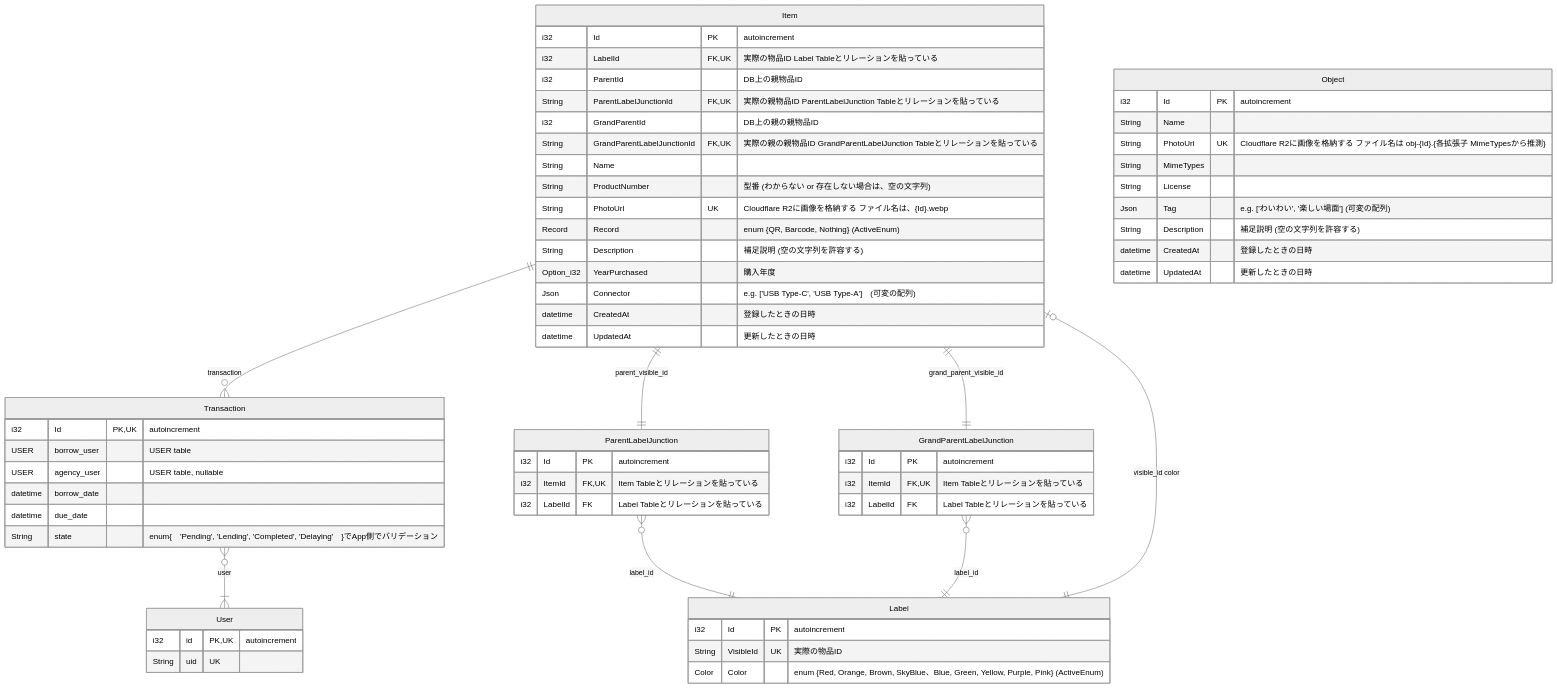
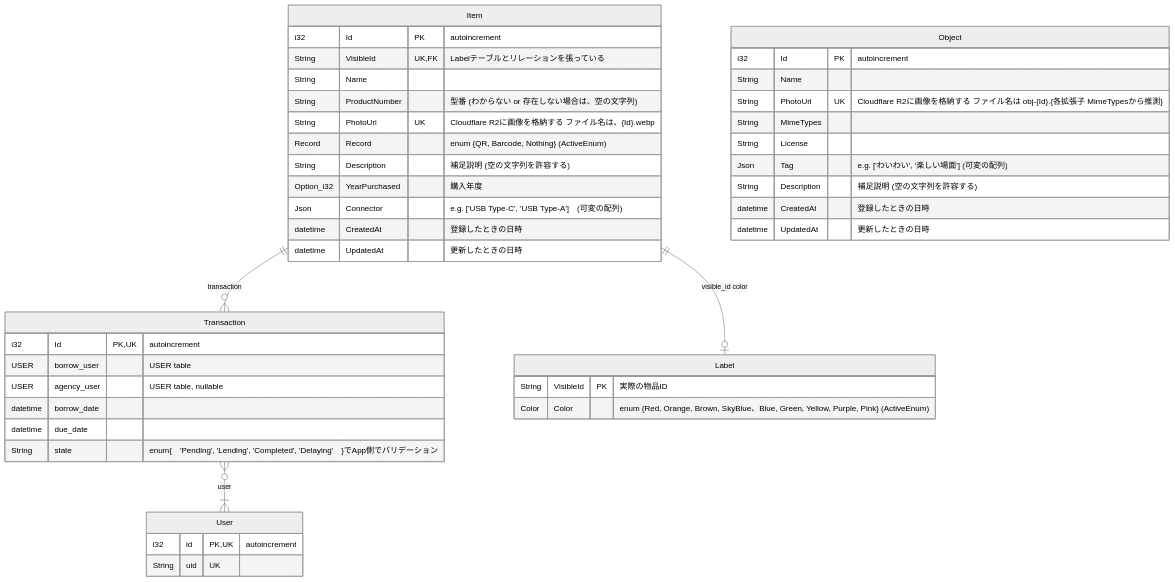
The second of 2 diagrams in README.md (Myxogastria0808/DashiShoyu), drawn with Mermaid (neutral theme) before and after one commit. The commit also changed other lines of this file and 22 other files, not shown here.

````diff
--- a/README.md
+++ b/README.md
@@ -245,66 +228,47 @@
 ```mermaid
 erDiagram
     Item ||--o{ Transaction : transaction
     Transaction }o--|{ User : user
-    Item ||--|| ParentLabelJunction : "parent_visible_id"
-    Item ||--|| GrandParentLabelJunction : "grand_parent_visible_id"
-    ParentLabelJunction }o--|| Label : "label_id"
-    GrandParentLabelJunction }o--|| Label : "label_id"
-    Item |o--|| Label : "visible_id color"
+    Item ||--o| Label : "visible_id color"
     Item {
         i32 Id PK "autoincrement"
-        i32 LabelId FK, UK "実際の物品ID Label Tableとリレーションを貼っている"
-        i32 ParentId "DB上の親物品ID"
-        String ParentLabelJunctionId FK, UK "実際の親物品ID ParentLabelJunction Tableとリレーションを貼っている"
-        i32 GrandParentId "DB上の親の親物品ID"
-        String GrandParentLabelJunctionId FK, UK "実際の親の親物品ID GrandParentLabelJunction Tableとリレーションを貼っている"
+        String VisibleId UK, FK "Labelテーブルとリレーションを張っている"
         String Name
         String ProductNumber "型番 (わからない or 存在しない場合は、空の文字列)"
         String PhotoUrl UK "Cloudflare R2に画像を格納する ファイル名は、{Id}.webp"
         Record Record "enum {QR, Barcode, Nothing} (ActiveEnum)"
         String Description　"補足説明 (空の文字列を許容する)"
         Option_i32 YearPurchased "購入年度"
         Json Connector　"e.g. ['USB Type-C', 'USB Type-A']　(可変の配列)"
         datetime CreatedAt "登録したときの日時"
         datetime UpdatedAt "更新したときの日時"
     }
-    ParentLabelJunction {
-        i32 Id PK "autoincrement"
-        i32 ItemId FK, UK "Item Tableとリレーションを貼っている"
-        i32 LabelId FK "Label Tableとリレーションを貼っている"
-    }
-    GrandParentLabelJunction {
-        i32 Id PK "autoincrement"
-        i32 ItemId FK, UK "Item Tableとリレーションを貼っている"
-        i32 LabelId FK "Label Tableとリレーションを貼っている"
-    }
     Label {
-        i32 Id PK "autoincrement"
-        String VisibleId UK "実際の物品ID"
+        String VisibleId PK "実際の物品ID"
         Color Color "enum {Red, Orange, Brown, SkyBlue、Blue, Green, Yellow, Purple, Pink} (ActiveEnum)"
     }
     Transaction {
         i32 Id PK, UK "autoincrement"
         USER borrow_user "USER table"
         USER agency_user "USER table, nullable"
         datetime borrow_date
         datetime due_date
         String state "enum{　'Pending', 'Lending', 'Completed', 'Delaying'　}でApp側でバリデーション"
     }
     User {
         i32 id PK, UK "autoincrement"
         String uid UK
     }
 
     Object {
         i32 Id PK "autoincrement"
         String Name
         String PhotoUrl UK "Cloudflare R2に画像を格納する ファイル名は obj-{Id}.{各拡張子 MimeTypesから推測}"
         String MimeTypes
         String License
         Json Tag "e.g. ['わいわい', '楽しい場面'] (可変の配列)"
         String Description "補足説明 (空の文字列を許容する)"
         datetime CreatedAt "登録したときの日時"
         datetime UpdatedAt "更新したときの日時"
     }
 ```
````
